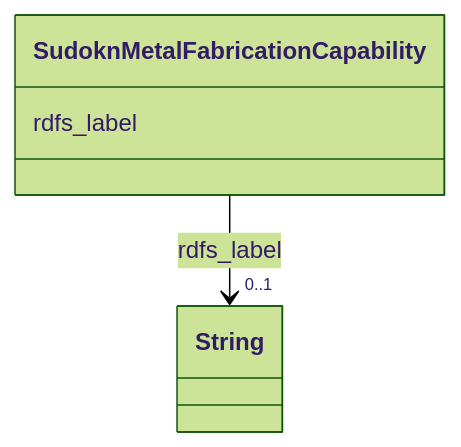
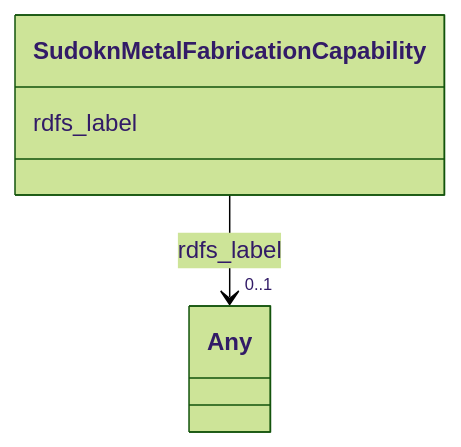
Before and after one commit to frink-okn/graph-descriptions: the diagram in sudokn-kg/classes/SudoknMetalFabricationCapability.md, drawn with Mermaid (forest theme). The commit also changed other lines of this file and 903 other files, not shown here.

````diff
--- a/sudokn-kg/classes/SudoknMetalFabricationCapability.md
+++ b/sudokn-kg/classes/SudoknMetalFabricationCapability.md
@@ -23,15 +18,15 @@
 ```mermaid
  classDiagram
     class SudoknMetalFabricationCapability
     click SudoknMetalFabricationCapability href "../SudoknMetalFabricationCapability"
       SudoknMetalFabricationCapability : rdfs_label
         
           
     
     
-    SudoknMetalFabricationCapability --> "0..1" String : rdfs_label
-    click String href "../String"
+    SudoknMetalFabricationCapability --> "0..1" Any : rdfs_label
+    click Any href "../Any"
 
         
       
 ```
````
